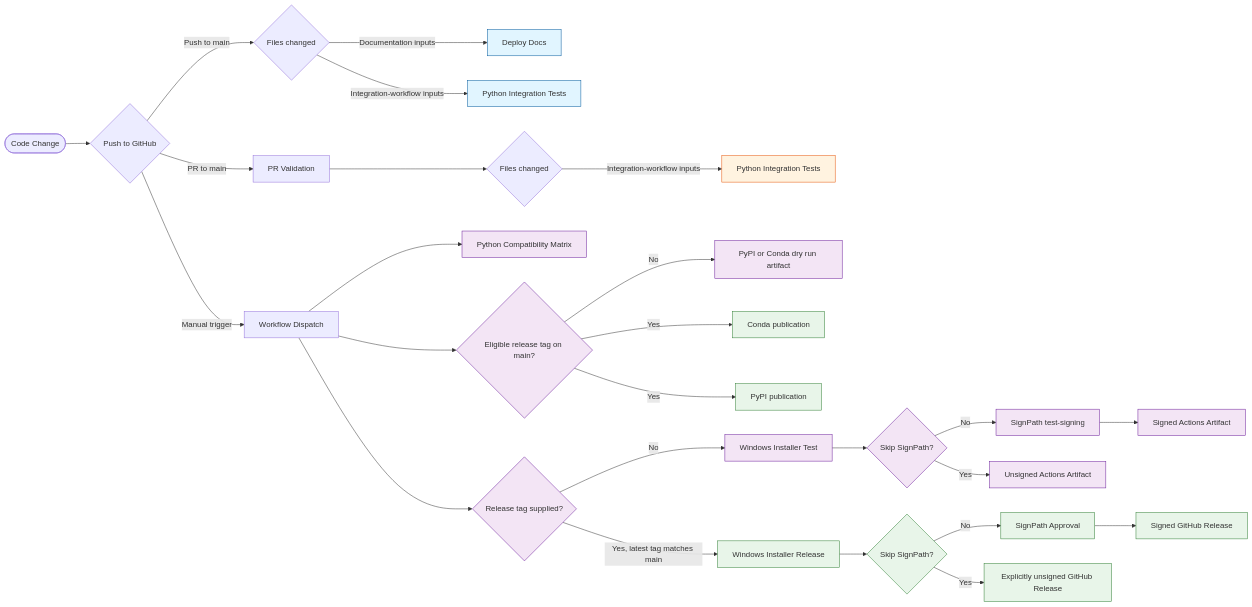
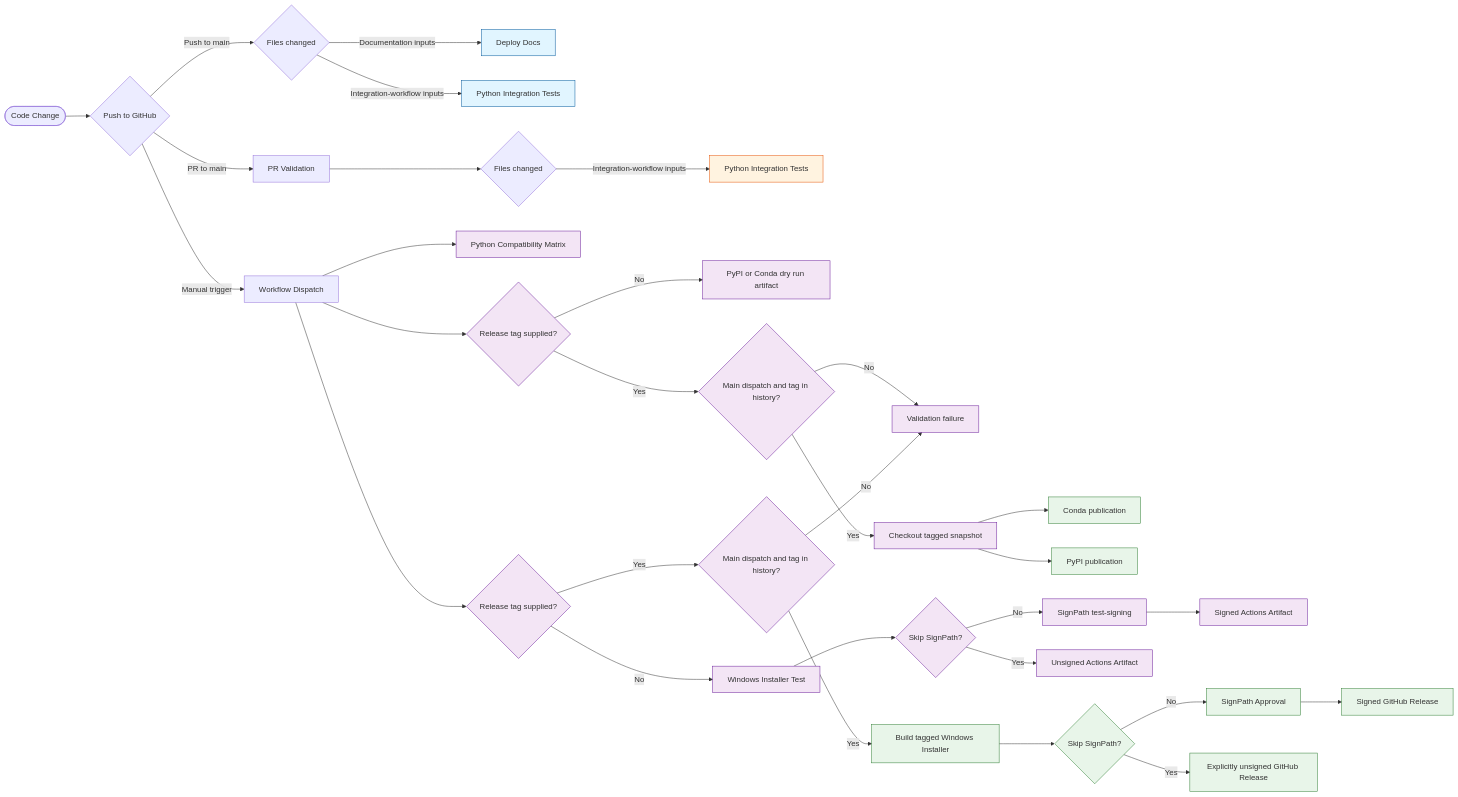
The diagram in docs/files/developer/maintainer.md (BERATool/beratools), drawn with Mermaid before and after one commit. The commit also changed other lines of this file and 10 other files, not shown here.

Commit message:
Refine release workflow source validation (#108)

````diff
--- a/docs/files/developer/maintainer.md
+++ b/docs/files/developer/maintainer.md
@@ -92,40 +95,45 @@
 ```mermaid
 flowchart LR
     Start([Code Change]) --> CheckType{Push to GitHub}
     
     CheckType -->|Push to main| Files{Files changed}
     Files -->|Documentation inputs| Zensical[Deploy Docs]
     Files -->|Integration-workflow inputs| IntegrationPush[Python Integration Tests]
     
     CheckType -->|PR to main| PR[PR Validation]
     PR --> PRFiles{Files changed}
     PRFiles -->|Integration-workflow inputs| IntegrationPR[Python Integration Tests]
 
     CheckType -->|Manual trigger| Manual[Workflow Dispatch]
     Manual --> Compatibility[Python Compatibility Matrix]
-    Manual --> PackageMode{Eligible release tag on main?}
+    Manual --> PackageMode{Release tag supplied?}
     PackageMode -->|No| PackageDryRun[PyPI or Conda dry run artifact]
-    PackageMode -->|Yes| Anaconda[Conda publication]
-    PackageMode -->|Yes| PyPI[PyPI publication]
+    PackageMode -->|Yes| PackageTag{Main dispatch and tag in history?}
+    PackageTag -->|No| InvalidRelease[Validation failure]
+    PackageTag -->|Yes| PackageSource[Checkout tagged snapshot]
+    PackageSource --> Anaconda[Conda publication]
+    PackageSource --> PyPI[PyPI publication]
     Manual --> InstallerMode{Release tag supplied?}
     InstallerMode -->|No| InstallerTest[Windows Installer Test]
     InstallerTest --> TestSigning{Skip SignPath?}
     TestSigning -->|No| TestSign[SignPath test-signing]
     TestSign --> SignedTest[Signed Actions Artifact]
     TestSigning -->|Yes| UnsignedTest[Unsigned Actions Artifact]
-    InstallerMode -->|Yes, latest tag matches main| WindowsInstaller[Windows Installer Release]
+    InstallerMode -->|Yes| InstallerTag{Main dispatch and tag in history?}
+    InstallerTag -->|No| InvalidRelease
+    InstallerTag -->|Yes| WindowsInstaller[Build tagged Windows Installer]
     WindowsInstaller --> ReleaseSigning{Skip SignPath?}
     ReleaseSigning -->|No| SignPathApproval[SignPath Approval]
     SignPathApproval --> SignedRelease[Signed GitHub Release]
     ReleaseSigning -->|Yes| UnsignedRelease[Explicitly unsigned GitHub Release]
     
     classDef push fill:#e1f5ff,stroke:#01579b
     classDef pr fill:#fff3e0,stroke:#e65100
     classDef manual fill:#f3e5f5,stroke:#6a1b9a
     classDef rel fill:#e8f5e9,stroke:#2e7d32
     
     class Zensical,IntegrationPush push
-    class Compatibility,PackageMode,PackageDryRun,InstallerMode,InstallerTest,TestSigning,TestSign,SignedTest,UnsignedTest manual
+    class Compatibility,PackageMode,PackageTag,PackageSource,PackageDryRun,InstallerMode,InstallerTag,InstallerTest,TestSigning,TestSign,SignedTest,UnsignedTest,InvalidRelease manual
     class IntegrationPR pr
     class Anaconda,PyPI,WindowsInstaller,ReleaseSigning,SignPathApproval,SignedRelease,UnsignedRelease rel
 ```
````
